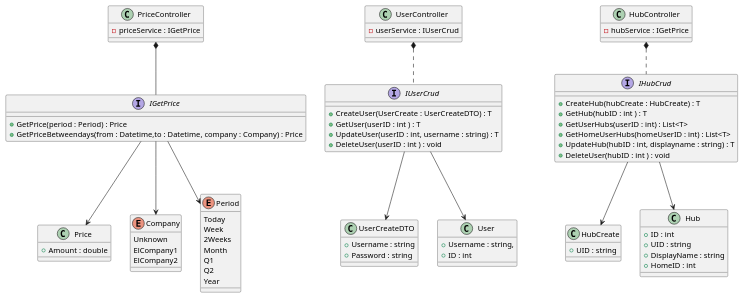
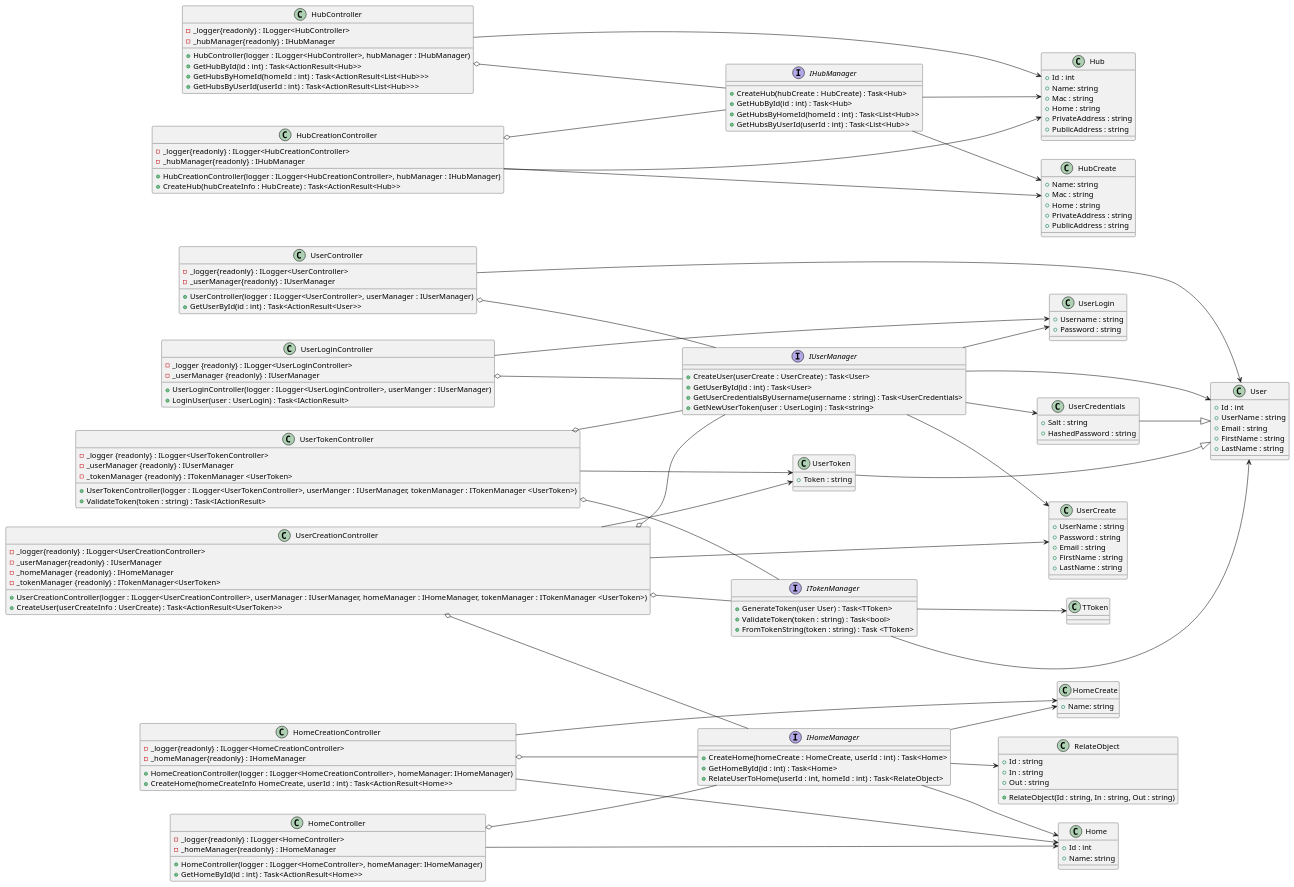
Before and after one commit to Casp7654/XPower: the diagram in docs/class diagrams/xPowerAPI.plantuml, drawn with PlantUML. The commit also changed 1 other file, not shown here.

Commit message:
Added diagram for api controllers and manager interfaces

```diff
--- a/docs/class diagrams/xPowerAPI.plantuml
+++ b/docs/class diagrams/xPowerAPI.plantuml
@@ -1,104 +1,180 @@
 @startuml API
-
-interface IGetPrice
-{
-    +GetPrice(period : Period) : Price
-    +GetPriceBetweendays(from : Datetime,to : Datetime, company : Company) : Price
+left to right direction
+UserLoginController o-- IUserManager
+UserLoginController --> UserLogin
+class UserLoginController{
+    -_logger {readonly} : ILogger<UserLoginController>
+    -_userManager {readonly} : IUserManager
+    +UserLoginController(logger : ILogger<UserLoginController>, userManger : IUserManager)
+    +LoginUser(user : UserLogin) : Task<IActionResult>
 }
 
-class PriceController
-{
-    -priceService : IGetPrice
+UserTokenController o-- IUserManager
+UserTokenController o-- ITokenManager
+UserTokenController --> UserToken
+class UserTokenController{
+    -_logger {readonly} : ILogger<UserTokenController>
+    -_userManager {readonly} : IUserManager
+    -_tokenManager {readonly} : ITokenManager <UserToken>
+    +UserTokenController(logger : ILogger<UserTokenController>, userManger : IUserManager, tokenManager : ITokenManager <UserToken>)
+    +ValidateToken(token : string) : Task<IActionResult>
 }
 
-class Price
-{
-    +Amount : double
+UserCreationController o-- IUserManager
+UserCreationController o-- IHomeManager
+UserCreationController o-- ITokenManager
+UserCreationController --> UserToken
+UserCreationController --> UserCreate
+class UserCreationController{
+    -_logger{readonly} : ILogger<UserCreationController>
+    -_userManager{readonly} : IUserManager
+    -_homeManager {readonly} : IHomeManager
+    -_tokenManager {readonly} : ITokenManager<UserToken>
+    +UserCreationController(logger : ILogger<UserCreationController>, userManager : IUserManager, homeManager : IHomeManager, tokenManager : ITokenManager <UserToken>)
+    +CreateUser(userCreateInfo : UserCreate) : Task<ActionResult<UserToken>>
 }
 
-enum Company
-{
-    Unknown
-    ElCompany1
-    ElCompany2
+UserController --> User
+UserController o-- IUserManager
+class UserController{
+    -_logger{readonly} : ILogger<UserController>
+    -_userManager{readonly} : IUserManager
+    +UserController(logger : ILogger<UserController>, userManager : IUserManager)
+    +GetUserById(id : int) : Task<ActionResult<User>>
 }
 
-enum Period
-{
-    Today
-    Week
-    2Weeks
-    Month
-    Q1
-    Q2
-    Year
+HubController --> Hub
+HubController o-- IHubManager
+class HubController{
+    -_logger{readonly} : ILogger<HubController>
+    -_hubManager{readonly} : IHubManager
+    +HubController(logger : ILogger<HubController>, hubManager : IHubManager)
+    +GetHubById(id : int) : Task<ActionResult<Hub>>
+    +GetHubsByHomeId(homeId : int) : Task<ActionResult<List<Hub>>>
+    +GetHubsByUserId(userId : int) : Task<ActionResult<List<Hub>>>
+
+}
+HubCreationController --> HubCreate
+HubCreationController --> Hub
+HubCreationController o-- IHubManager
+class HubCreationController{
+    -_logger{readonly} : ILogger<HubCreationController>
+    -_hubManager{readonly} : IHubManager
+    +HubCreationController(logger : ILogger<HubCreationController>, hubManager : IHubManager)
+    +CreateHub(hubCreateInfo : HubCreate) : Task<ActionResult<Hub>>
 }
 
-interface IUserCrud
-{
-    +CreateUser(UserCreate : UserCreateDTO) : T  
-    +GetUser(userID : int ) : T
-    +UpdateUser(userID : int, username : string) : T
-    +DeleteUser(userID : int ) : void
+HomeCreationController --> HomeCreate
+HomeCreationController o-- IHomeManager
+HomeCreationController --> Home
+class HomeCreationController{
+    -_logger{readonly} : ILogger<HomeCreationController>
+    -_homeManager{readonly} : IHomeManager
+    +HomeCreationController(logger : ILogger<HomeCreationController>, homeManager: IHomeManager)
+    +CreateHome(homeCreateInfo HomeCreate, userId : int) : Task<ActionResult<Home>>
 }
 
-class UserController
-{
-    -userService : IUserCrud
+HomeController o-- IHomeManager
+HomeController --> Home
+class HomeController{
+    -_logger{readonly} : ILogger<HomeController>
+    -_homeManager{readonly} : IHomeManager
+    +HomeController(logger : ILogger<HomeController>, homeManager: IHomeManager)
+    +GetHomeById(id : int) : Task<ActionResult<Home>>
 }
 
-class UserCreateDTO
+IUserManager --> UserCreate
+IUserManager --> User
+IUserManager --> UserLogin
+IUserManager --> UserCredentials
+interface IUserManager{
+    +CreateUser(userCreate : UserCreate) : Task<User>
+    +GetUserById(id : int) : Task<User>
+    +GetUserCredentialsByUsername(username : string) : Task<UserCredentials>
+    +GetNewUserToken(user : UserLogin) : Task<string>
+}
+ITokenManager --> User
+ITokenManager --> TToken
+interface ITokenManager {
+    +GenerateToken(user User) : Task<TToken>
+    +ValidateToken(token : string) : Task<bool>
+    +FromTokenString(token : string) : Task <TToken>
+}
+
+IHubManager --> HubCreate
+IHubManager --> Hub
+interface IHubManager{
+    +CreateHub(hubCreate : HubCreate) : Task<Hub>
+    +GetHubById(id : int) : Task<Hub>
+    +GetHubsByHomeId(homeId : int) : Task<List<Hub>>
+    +GetHubsByUserId(userId : int) : Task<List<Hub>>
+}
+IHomeManager --> HomeCreate
+IHomeManager --> Home
+IHomeManager --> RelateObject
+interface IHomeManager{
+    +CreateHome(homeCreate : HomeCreate, userId : int) : Task<Home>
+    +GetHomeById(id : int) : Task<Home>
+    +RelateUserToHome(userId : int, homeId : int) : Task<RelateObject>
+}
+
+class UserLogin
 {
     +Username : string
     +Password : string
 }
-
-class User
-{
-    +Username : string,
-    +ID : int
+UserToken --|> User
+class UserToken{
+    +Token : string
 }
 
-interface IHubCrud
-{
-    +CreateHub(hubCreate : HubCreate) : T  
-    +GetHub(hubID : int ) : T
-    +GetUserHubs(userID : int) : List<T>
-    +GetHomeUserHubs(homeUserID : int) : List<T>
-    +UpdateHub(hubID : int, displayname : string) : T
-    +DeleteUser(hubID : int ) : void
+class User {
+    +Id : int
+    +UserName : string
+    +Email : string
+    +FirstName : string
+    +LastName : string
+}
+UserCredentials --|> User
+class UserCredentials{
+    +Salt : string
+    +HashedPassword : string
 }
 
-class HubController
-{
-    -hubService : IGetPrice
+class UserCreate{
+    +UserName : string
+    +Password : string
+    +Email : string
+    +FirstName : string
+    +LastName : string
+}
+class Hub {
+    +Id : int
+    +Name: string
+    +Mac : string
+    +Home : string
+    +PrivateAddress : string
+    +PublicAddress : string
+}
+class HubCreate{
+    +Name: string
+    +Mac : string
+    +Home : string
+    +PrivateAddress : string
+    +PublicAddress : string
+}
+class HomeCreate{
+    +Name: string
+}
+class Home{
+    +Id : int
+    +Name: string
+}
+class RelateObject{
+    +Id : string
+    +In : string
+    +Out : string
+    +RelateObject(Id : string, In : string, Out : string)
 }
 
-class HubCreate
-{
-    +UID : string
-}
-
-class Hub
-{
-    +ID : int
-    +UID : string
-    +DisplayName : string
-    +HomeID : int
-}
-
-PriceController *-- IGetPrice
-IGetPrice --> Price
-IGetPrice --> Company
-IGetPrice --> Period
-
-UserController *.. IUserCrud
-IUserCrud --> UserCreateDTO
-IUserCrud --> User
-
-HubController *.. IHubCrud
-IHubCrud --> HubCreate
-IHubCrud --> Hub
-
-
 @enduml
```
